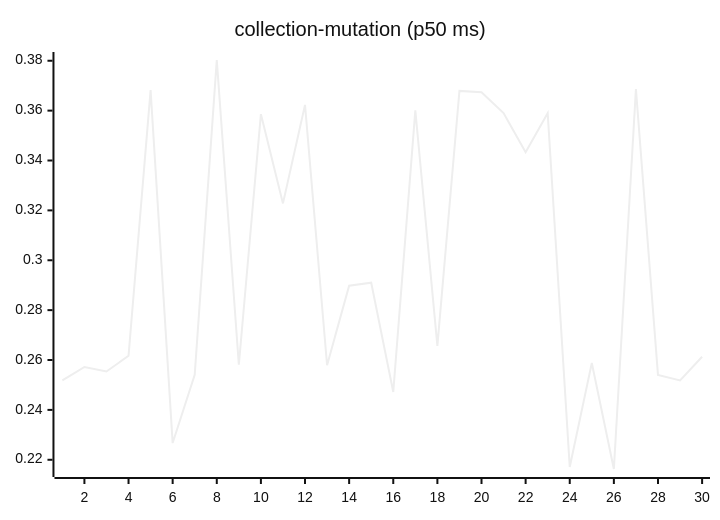
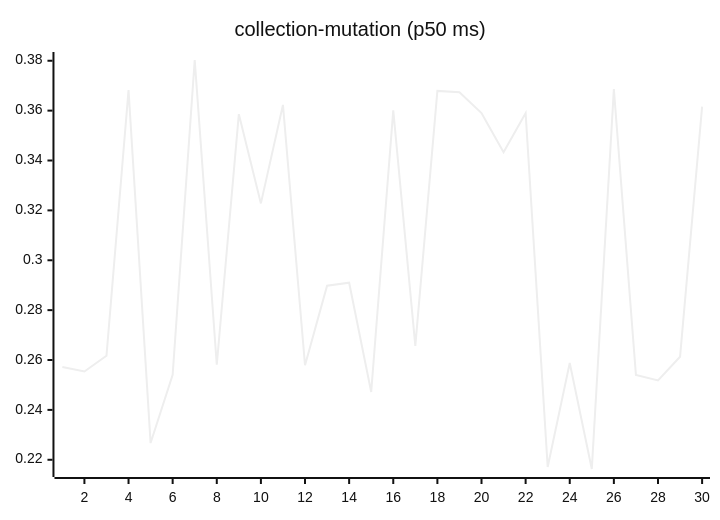
Before and after one commit to josha/Facet: the sixth of 27 diagrams in README.md, drawn with Mermaid (neutral theme). The commit also changed other lines of this file and 2 other files, not shown here.

````diff
--- a/README.md
+++ b/README.md
@@ -98,6 +98,6 @@
 ```mermaid
 xychart-beta
     title "collection-mutation (p50 ms)"
     x-axis 1 --> 30
-    line [0.2518, 0.2572, 0.2554, 0.2617, 0.3682, 0.2267, 0.2541, 0.3803, 0.2581, 0.3586, 0.3228, 0.3623, 0.2579, 0.2898, 0.2910, 0.2472, 0.3601, 0.2657, 0.3679, 0.3674, 0.3590, 0.3433, 0.3590, 0.2171, 0.2588, 0.2163, 0.3686, 0.2540, 0.2518, 0.2613]
+    line [0.2572, 0.2554, 0.2617, 0.3682, 0.2267, 0.2541, 0.3803, 0.2581, 0.3586, 0.3228, 0.3623, 0.2579, 0.2898, 0.2910, 0.2472, 0.3601, 0.2657, 0.3679, 0.3674, 0.3590, 0.3433, 0.3590, 0.2171, 0.2588, 0.2163, 0.3686, 0.2540, 0.2518, 0.2613, 0.3616]
 ```
````
